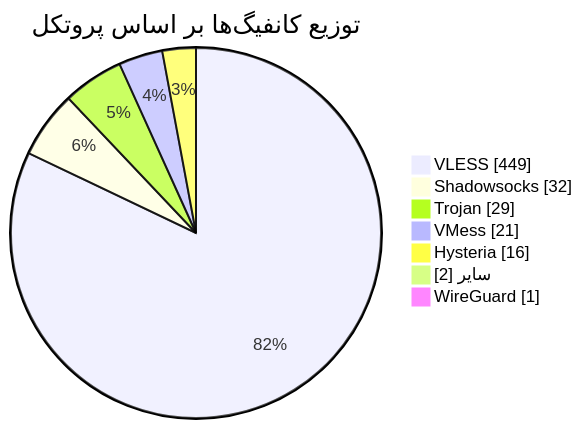
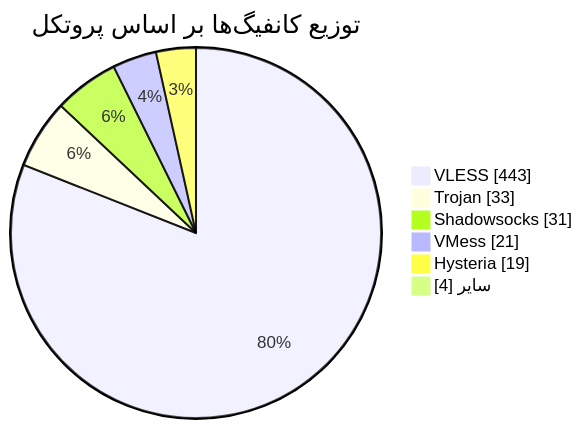
The diagram in README.md (Arian-Alijani/Somthing), drawn with Mermaid before and after one commit. The commit also changed other lines of this file and 85 other files, not shown here.

````diff
--- a/README.md
+++ b/README.md
@@ -49,11 +48,10 @@
 ```mermaid
 pie showData
     title توزیع کانفیگ‌ها بر اساس پروتکل
-    "VLESS" : 449
-    "Shadowsocks" : 32
-    "Trojan" : 29
+    "VLESS" : 443
+    "Trojan" : 33
+    "Shadowsocks" : 31
     "VMess" : 21
-    "Hysteria" : 16
-    "سایر" : 2
-    "WireGuard" : 1
+    "Hysteria" : 19
+    "سایر" : 4
 ```
````
